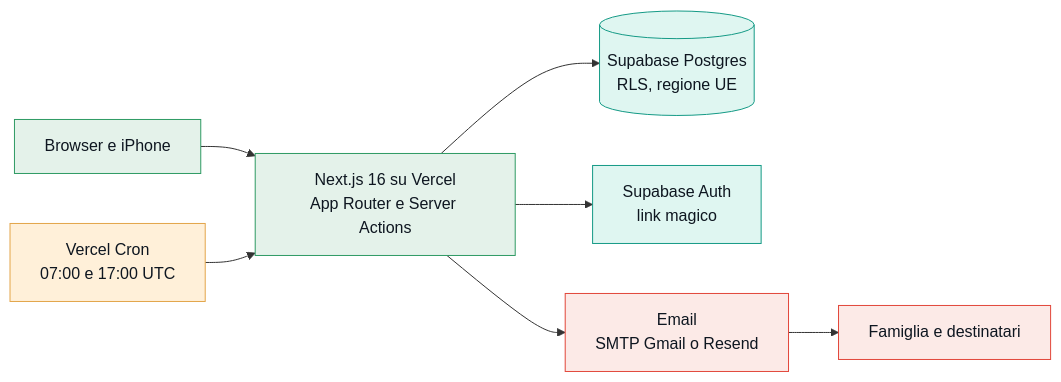
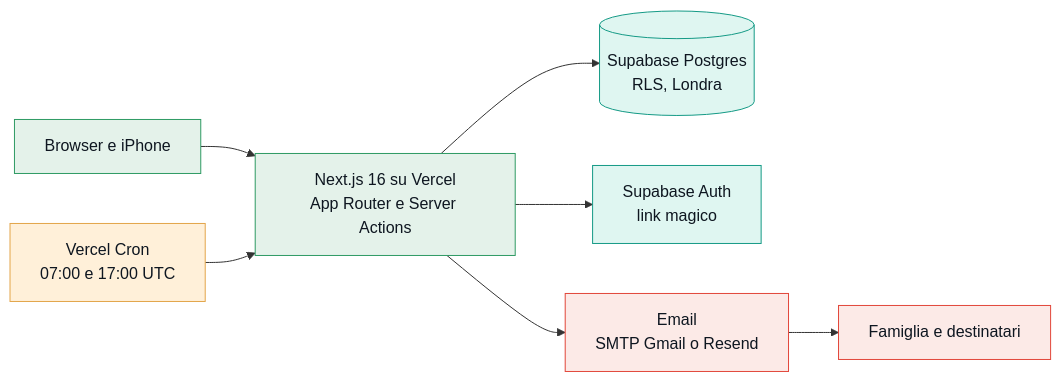
Before and after one commit to vivri161803/panoramix: the diagram in README.md, drawn with Mermaid. The commit also changed other lines of this file and 11 other files, not shown here.

````diff
--- a/README.md
+++ b/README.md
@@ -79,18 +79,18 @@
 ```mermaid
 flowchart LR
   U["Browser e iPhone"] --> N["Next.js 16 su Vercel<br/>App Router e Server Actions"]
-  N --> DB[("Supabase Postgres<br/>RLS, regione UE")]
+  N --> DB[("Supabase Postgres<br/>RLS, Londra")]
   N --> AU["Supabase Auth<br/>link magico"]
   CR["Vercel Cron<br/>07:00 e 17:00 UTC"] --> N
   N --> EM["Email<br/>SMTP Gmail o Resend"]
   EM --> F["Famiglia e destinatari"]
 
   classDef app fill:#e4f2ea,stroke:#2e9a63,color:#0e1620
   classDef data fill:#dff6f1,stroke:#159a86,color:#0e1620
   classDef job fill:#fff0d9,stroke:#e3a54a,color:#0e1620
   classDef mail fill:#fceae7,stroke:#e2463a,color:#0e1620
   class U,N app
   class DB,AU data
   class CR job
   class EM,F mail
 ```
````
